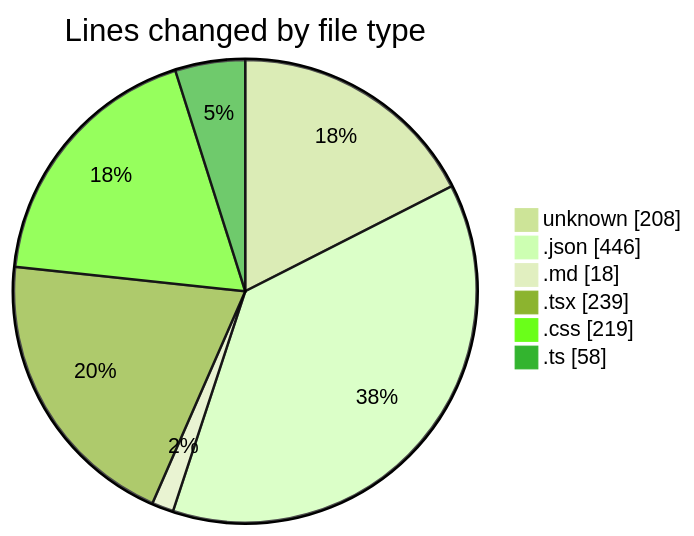
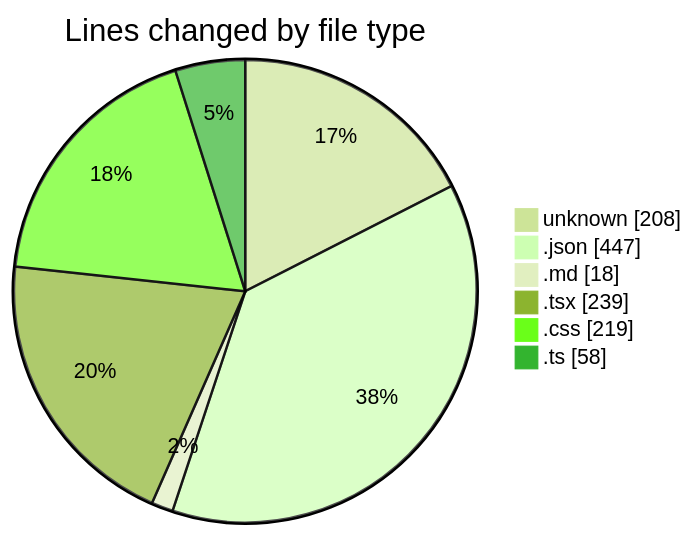
Before and after one commit to EIIisD/code-tracking: the first of 2 diagrams in 2025-08-07/ribbon/README.md, drawn with Mermaid (forest theme). The commit also changed other lines of this file and 1 other file, not shown here.

````diff
--- a/2025-08-07/ribbon/README.md
+++ b/2025-08-07/ribbon/README.md
@@ -29,10 +29,10 @@
 ```mermaid
 pie showData
 title Lines changed by file type
 "unknown" : 208
-".json" : 446
+".json" : 447
 ".md" : 18
 ".tsx" : 239
 ".css" : 219
 ".ts" : 58
 ```
````
